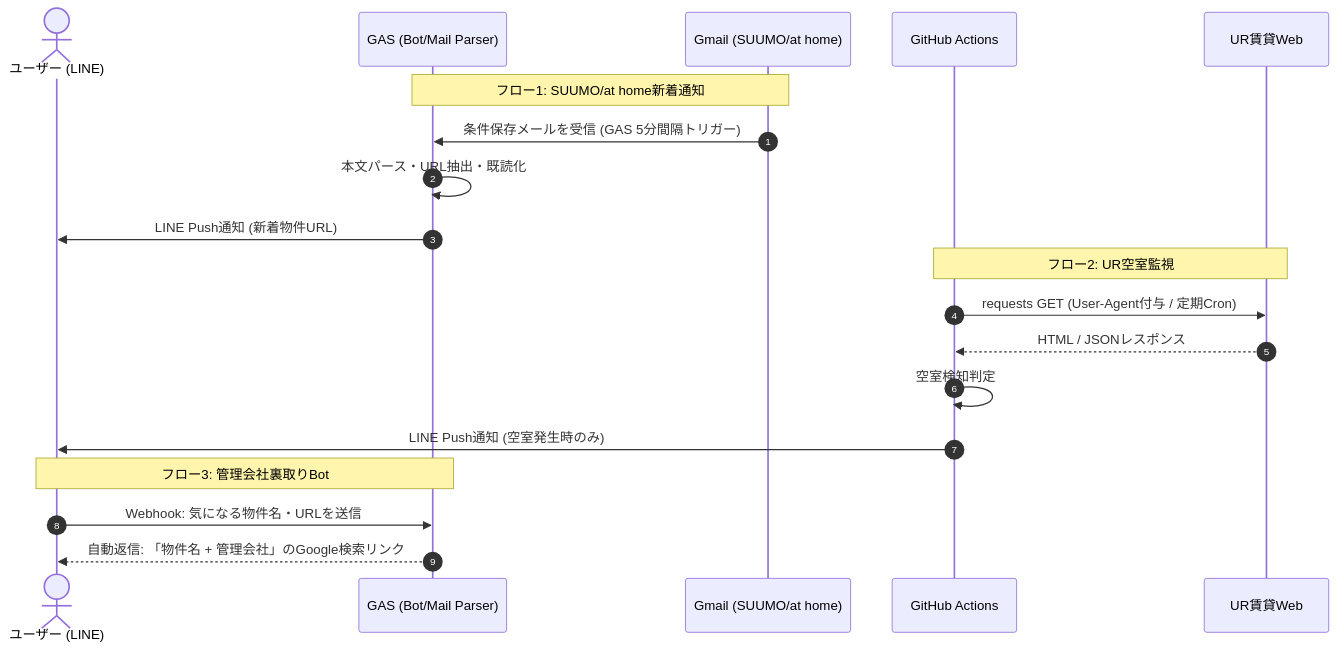
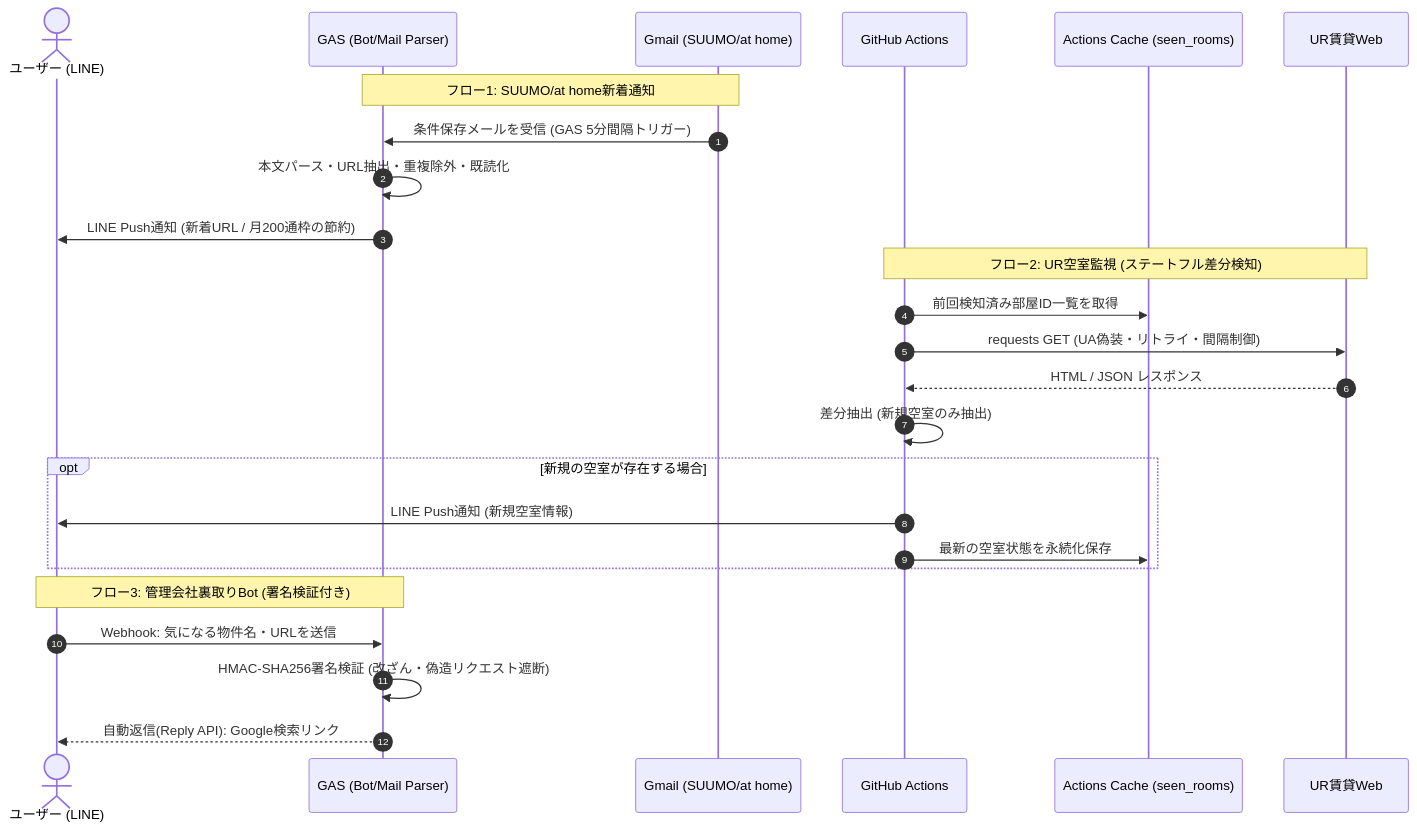
Before and after one commit to zyamm/my-estate-bot: the diagram in README.md, drawn with Mermaid. The commit also changed other lines of this file, not shown here.

````diff
--- a/README.md
+++ b/README.md
@@ -29,27 +29,33 @@
 ```mermaid
 sequenceDiagram
     autonumber
     actor User as ユーザー (LINE)
     participant GAS as GAS (Bot/Mail Parser)
     participant Gmail as Gmail (SUUMO/at home)
     participant GHA as GitHub Actions
+    participant Cache as Actions Cache (seen_rooms)
     participant UR as UR賃貸Web
 
     %% フロー1: 新着物件通知
     Note over GAS, Gmail: フロー1: SUUMO/at home新着通知
     Gmail->>GAS: 条件保存メールを受信 (GAS 5分間隔トリガー)
-    GAS->>GAS: 本文パース・URL抽出・既読化
-    GAS->>User: LINE Push通知 (新着物件URL)
+    GAS->>GAS: 本文パース・URL抽出・重複除外・既読化
+    GAS->>User: LINE Push通知 (新着URL / 月200通枠の節約)
 
     %% フロー2: UR賃貸監視
-    Note over GHA, UR: フロー2: UR空室監視
-    GHA->>UR: requests GET (User-Agent付与 / 定期Cron)
-    UR-->>GHA: HTML / JSONレスポンス
-    GHA->>GHA: 空室検知判定
-    GHA->>User: LINE Push通知 (空室発生時のみ)
+    Note over GHA, UR: フロー2: UR空室監視 (ステートフル差分検知)
+    GHA->>Cache: 前回検知済み部屋ID一覧を取得
+    GHA->>UR: requests GET (UA偽装・リトライ・間隔制御)
+    UR-->>GHA: HTML / JSON レスポンス
+    GHA->>GHA: 差分抽出 (新規空室のみ抽出)
+    opt 新規の空室が存在する場合
+        GHA->>User: LINE Push通知 (新規空室情報)
+        GHA->>Cache: 最新の空室状態を永続化保存
+    end
 
     %% フロー3: 裏取り Bot
-    Note over User, GAS: フロー3: 管理会社裏取りBot
+    Note over User, GAS: フロー3: 管理会社裏取りBot (署名検証付き)
     User->>GAS: Webhook: 気になる物件名・URLを送信
-    GAS-->>User: 自動返信: 「物件名 + 管理会社」のGoogle検索リンク
+    GAS->>GAS: HMAC-SHA256署名検証 (改ざん・偽造リクエスト遮断)
+    GAS-->>User: 自動返信(Reply API): Google検索リンク
 ```
````
